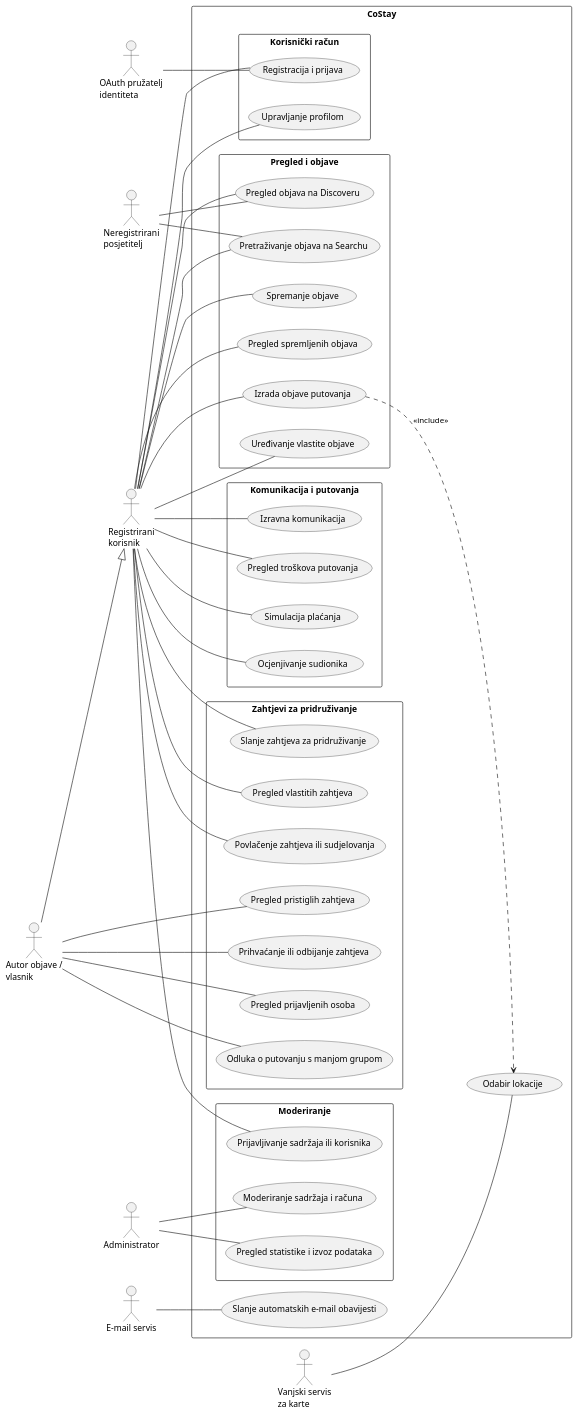
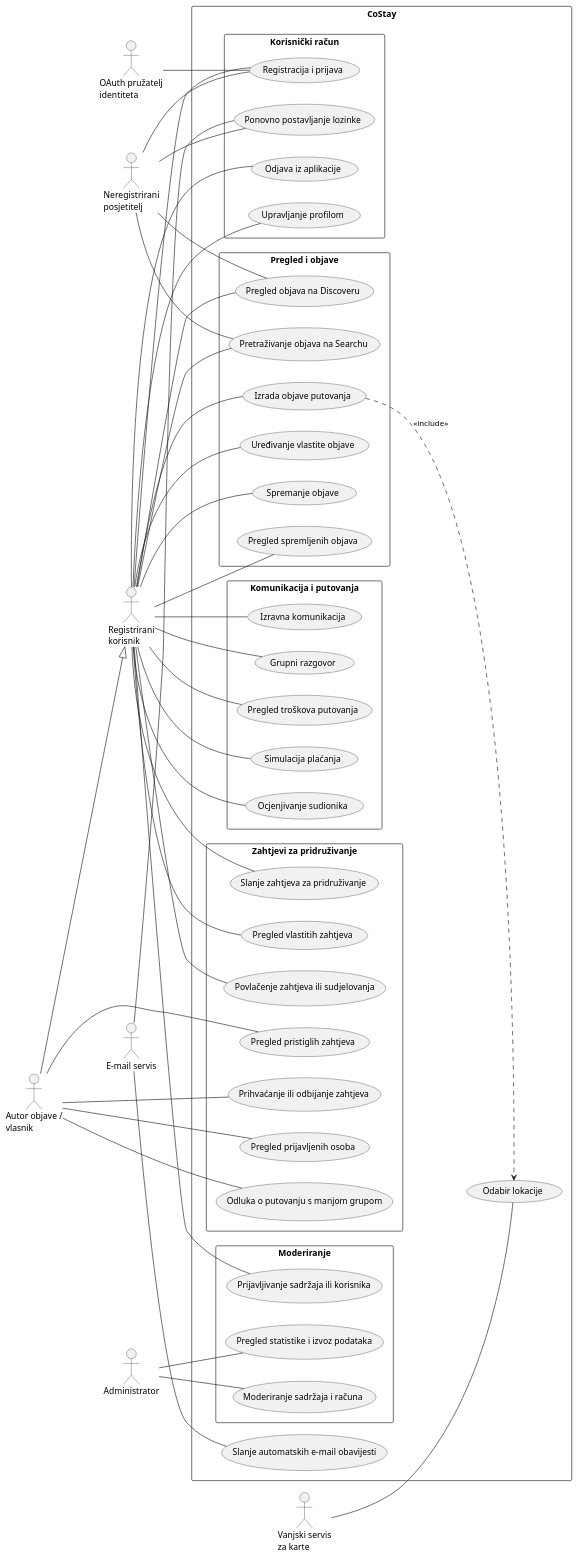
Before and after one commit to MarkoZvonar/CoStay-Project: the diagram in docs/puml/3-1-costay-system-UC.puml, drawn with PlantUML. The commit also changed 11 other files, not shown here.

```diff
--- a/docs/puml/3-1-costay-system-UC.puml
+++ b/docs/puml/3-1-costay-system-UC.puml
@@ -2,93 +2,101 @@
 @startuml
 left to right direction
 skinparam packageStyle rectangle
 
 actor "Neregistrirani\nposjetitelj" as Guest
 actor "Registrirani\nkorisnik" as User
 actor "Autor objave /\nvlasnik" as Owner
 actor "Administrator" as Admin
 
 actor "OAuth pružatelj\nidentiteta" as OAuth
 actor "Vanjski servis\nza karte" as Maps
 actor "E-mail servis" as Email
 
 Owner --|> User
 
 rectangle "CoStay" {
 
   package "Korisnički račun" {
     usecase "Registracija i prijava" as UC_Login
+    usecase "Odjava iz aplikacije" as UC_Logout
+    usecase "Ponovno postavljanje lozinke" as UC_Recovery
     usecase "Upravljanje profilom" as UC_Profile
   }
 
   package "Pregled i objave" {
     usecase "Pregled objava na Discoveru" as UC_Discover
     usecase "Pretraživanje objava na Searchu" as UC_Search
     usecase "Izrada objave putovanja" as UC_Create
     usecase "Uređivanje vlastite objave" as UC_Edit
     usecase "Spremanje objave" as UC_Save
     usecase "Pregled spremljenih objava" as UC_Saved
   }
 
   package "Zahtjevi za pridruživanje" {
     usecase "Slanje zahtjeva za pridruživanje" as UC_Join
     usecase "Pregled vlastitih zahtjeva" as UC_MyRequests
     usecase "Povlačenje zahtjeva ili sudjelovanja" as UC_Withdraw
     usecase "Pregled pristiglih zahtjeva" as UC_Received
     usecase "Prihvaćanje ili odbijanje zahtjeva" as UC_Decide
     usecase "Pregled prijavljenih osoba" as UC_Applicants
     usecase "Odluka o putovanju s manjom grupom" as UC_SmallerGroup
   }
 
   package "Komunikacija i putovanja" {
     usecase "Izravna komunikacija" as UC_Messages
+    usecase "Grupni razgovor" as UC_GroupMessages
     usecase "Pregled troškova putovanja" as UC_Costs
     usecase "Simulacija plaćanja" as UC_Payment
     usecase "Ocjenjivanje sudionika" as UC_Reviews
   }
 
   package "Moderiranje" {
     usecase "Prijavljivanje sadržaja ili korisnika" as UC_Report
     usecase "Moderiranje sadržaja i računa" as UC_Moderate
     usecase "Pregled statistike i izvoz podataka" as UC_Statistics
   }
 
   usecase "Odabir lokacije" as UC_Location
   usecase "Slanje automatskih e-mail obavijesti" as UC_Notifications
 }
 
 Guest -- UC_Discover
 Guest -- UC_Search
+Guest -- UC_Login
+Guest -- UC_Recovery
 
 User -- UC_Login
+User -- UC_Logout
 User -- UC_Profile
 User -- UC_Discover
 User -- UC_Search
 User -- UC_Create
 User -- UC_Edit
 User -- UC_Save
 User -- UC_Saved
 User -- UC_Join
 User -- UC_MyRequests
 User -- UC_Withdraw
 User -- UC_Messages
+User -- UC_GroupMessages
 User -- UC_Costs
 User -- UC_Payment
 User -- UC_Reviews
 User -- UC_Report
 
 Owner -- UC_Received
 Owner -- UC_Decide
 Owner -- UC_Applicants
 Owner -- UC_SmallerGroup
 
 Admin -- UC_Moderate
 Admin -- UC_Statistics
 
 OAuth -- UC_Login
 Maps -- UC_Location
 Email -- UC_Notifications
+Email -- UC_Recovery
 
 UC_Create ..> UC_Location : <<include>>
 
 @enduml
```
